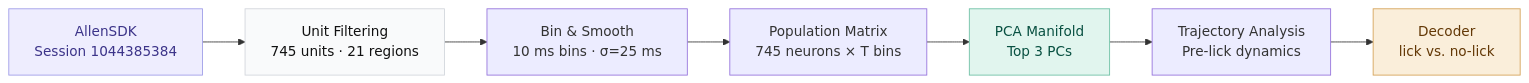
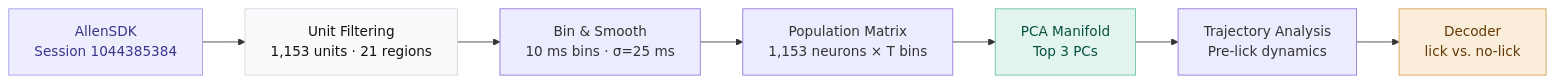
Before and after one commit to jadenbalajadia/allen-neuropixels-decoder: the diagram in README.md, drawn with Mermaid. The commit also changed other lines of this file and 1 other file, not shown here.

First line of the commit message:
Fix unit count: 745 → 1,153 everywhere; regenerate region table

````diff
--- a/README.md
+++ b/README.md
@@ -13,14 +13,14 @@
 ```mermaid
 flowchart LR
-    A["AllenSDK\nSession 1044385384"] --> B["Unit Filtering\n745 units · 21 regions"]
+    A["AllenSDK\nSession 1044385384"] --> B["Unit Filtering\n1,153 units · 21 regions"]
     B --> C["Bin & Smooth\n10 ms bins · σ=25 ms"]
-    C --> D["Population Matrix\n745 neurons × T bins"]
+    C --> D["Population Matrix\n1,153 neurons × T bins"]
     D --> E["PCA Manifold\nTop 3 PCs"]
     E --> F["Trajectory Analysis\nPre-lick dynamics"]
     F --> G["Decoder\nlick vs. no-lick"]
 
     style A fill:#EEEDFE,stroke:#9C9AE7,color:#3C3489
     style B fill:#F9FAFB,stroke:#D1D5DB,color:#111
     style E fill:#E1F5EE,stroke:#6BBFA3,color:#085041
     style G fill:#FAEEDA,stroke:#D4A055,color:#633806
 ```
````
